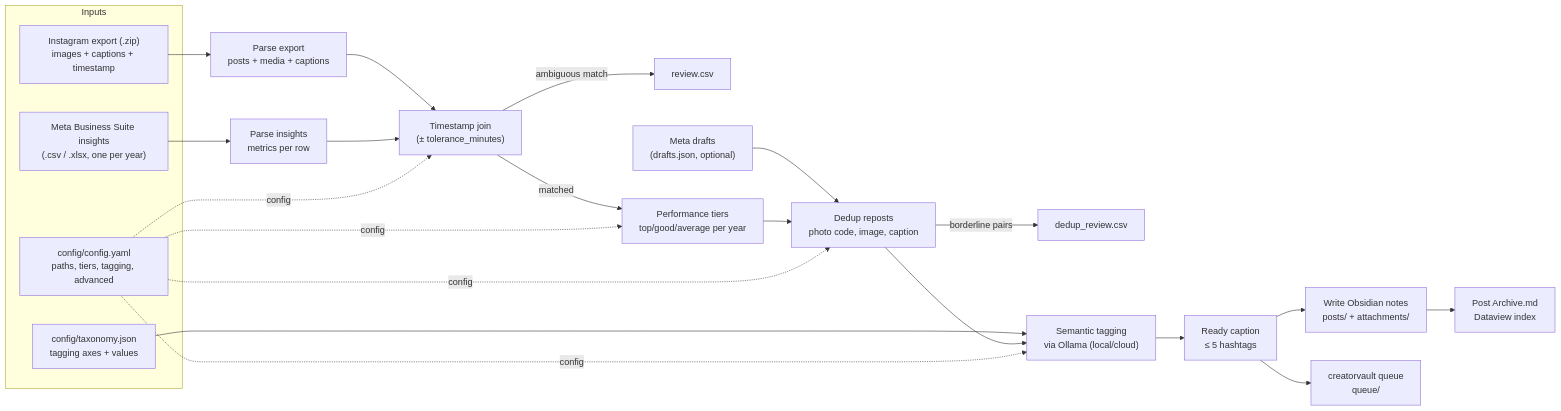
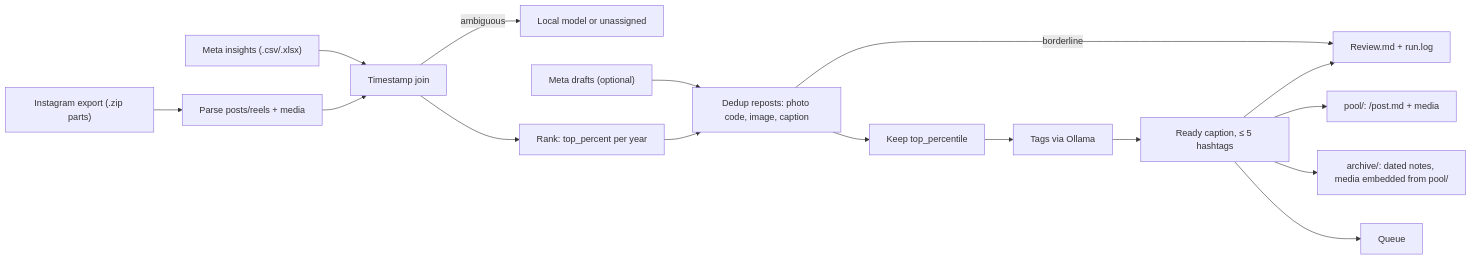
One commit to GiulioRusso/creatorvault changed the diagram in README.md. Above: the diagram before and after it, drawn with Mermaid. The commit also changed other lines of this file and 100 other files, not shown here.

First line of the commit message:
feat: config-only CLI, automated review, vault with archive and pool

````diff
--- a/README.md
+++ b/README.md
@@ -126,30 +246,18 @@
 ```mermaid
 flowchart LR
-    subgraph Inputs
-        A["Instagram export (.zip)\nimages + captions + timestamp"]
-        B["Meta Business Suite insights\n(.csv / .xlsx, one per year)"]
-        C["config/taxonomy.json\ntagging axes + values"]
-        D["config/config.yaml\npaths, tiers, tagging, advanced"]
-    end
-
-    A --> E["Parse export\nposts + media + captions"]
-    B --> F["Parse insights\nmetrics per row"]
-    E --> G["Timestamp join\n(± tolerance_minutes)"]
-    F --> G
-    G -->|ambiguous match| H["review.csv"]
-    G -->|matched| I["Performance tiers\ntop/good/average per year"]
-    P["Meta drafts\n(drafts.json, optional)"] --> Q
-    I --> Q["Dedup reposts\nphoto code, image, caption"]
-    Q -->|borderline pairs| R["dedup_review.csv"]
-    C --> M["Semantic tagging\nvia Ollama (local/cloud)"]
-    Q --> M
-    M --> S["Ready caption\n≤ 5 hashtags"]
-    S --> N["Write Obsidian notes\nposts/ + attachments/"]
-    N --> O["Post Archive.md\nDataview index"]
-    S --> T["creatorvault queue\nqueue/"]
-
-    D -.config.-> G
-    D -.config.-> I
-    D -.config.-> Q
-    D -.config.-> M
+    A["Instagram export (.zip parts)"] --> E["Parse posts/reels + media"]
+    B["Meta insights (.csv/.xlsx)"] --> G
+    E --> G["Timestamp join"]
+    G -->|ambiguous| H["Local model or unassigned"]
+    G --> I["Rank: top_percent per year"]
+    P["Meta drafts (optional)"] --> Q
+    I --> Q["Dedup reposts: photo code, image, caption"]
+    Q -->|borderline| R["Local model or kept separate"]
+    Q --> F["Keep top_percentile"]
+    F --> M["Tags via Ollama"]
+    M --> S["Ready caption, ≤ 5 hashtags"]
+    S --> U["pool/: <slug>/post.md + media"]
+    S --> N["archive/: dated notes, media embedded from pool/"]
+    S --> R["Review.md + run.log"]
+    S --> T["Queue"]
 ```
````
